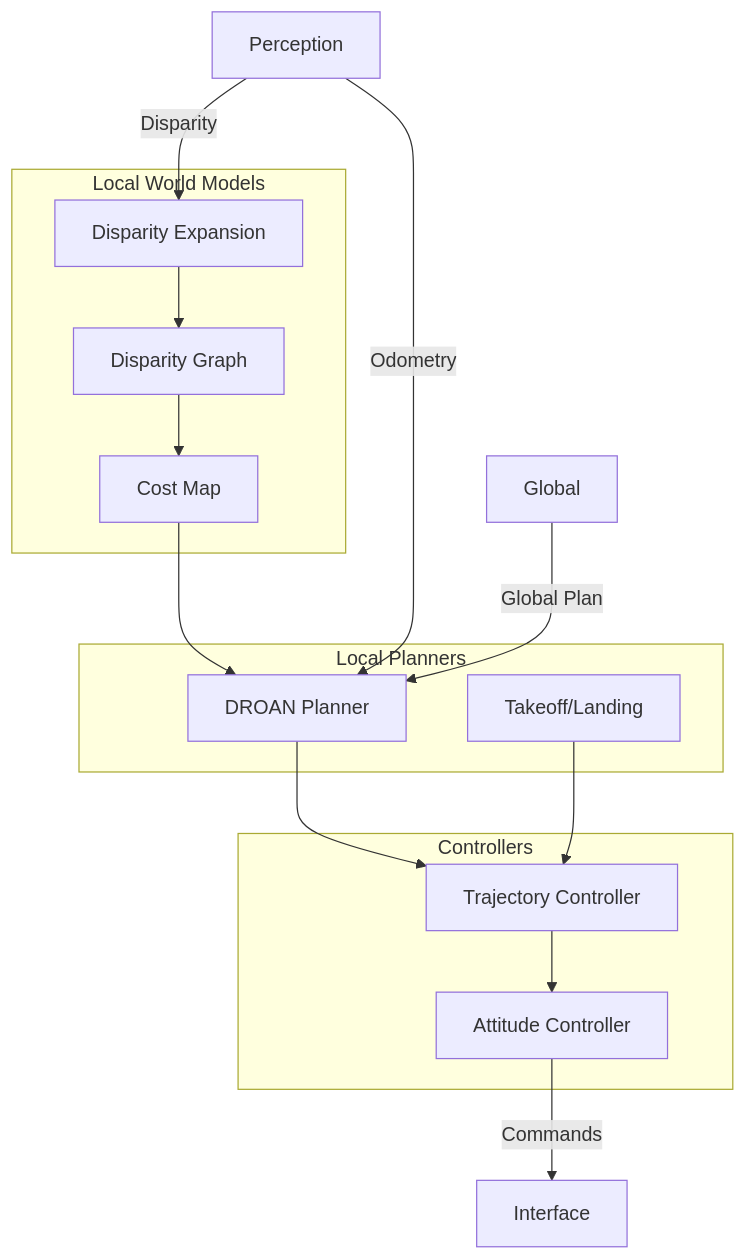
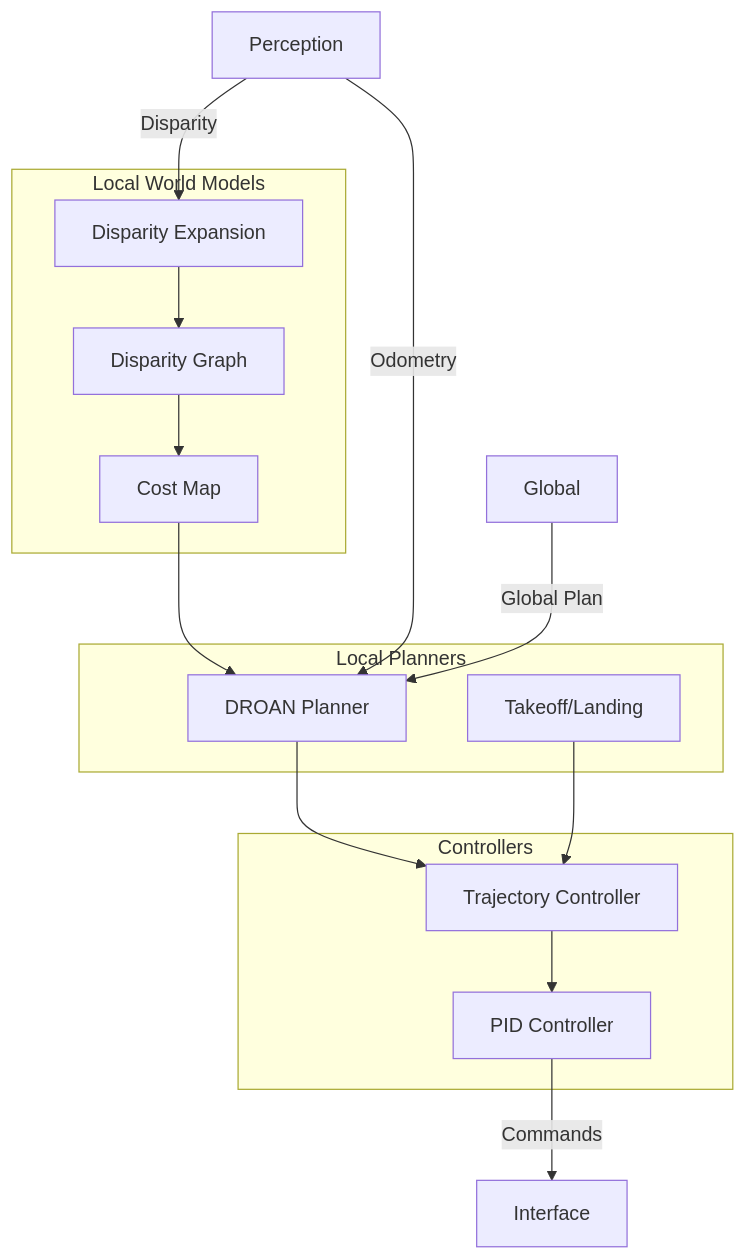
One commit to castacks/AirStack changed the eighth of 14 diagrams in docs/robot/autonomy/system_architecture.md. Above: the diagram before and after it, drawn with Mermaid. The commit also changed other lines of this file and 104 other files, not shown here.

````diff
--- a/docs/robot/autonomy/system_architecture.md
+++ b/docs/robot/autonomy/system_architecture.md
@@ -260,33 +261,33 @@
 ```mermaid
 graph TB
     subgraph "Local World Models"
         Disparity[Disparity Expansion]
         Graph[Disparity Graph]
         CostMap[Cost Map]
         
         Disparity --> Graph
         Graph --> CostMap
     end
     
     subgraph "Local Planners"
         DROAN[DROAN Planner]
         TakeoffLanding[Takeoff/Landing]
         
         CostMap --> DROAN
     end
     
     subgraph "Controllers"
         TrajControl[Trajectory Controller]
-        AttControl[Attitude Controller]
+        PIDControl[PID Controller]
         
         DROAN --> TrajControl
         TakeoffLanding --> TrajControl
-        TrajControl --> AttControl
+        TrajControl --> PIDControl
     end
     
     Perception -->|Odometry| DROAN
     Perception -->|Disparity| Disparity
     Global -->|Global Plan| DROAN
     
-    AttControl -->|Commands| Interface
+    PIDControl -->|Commands| Interface
 ```
````
